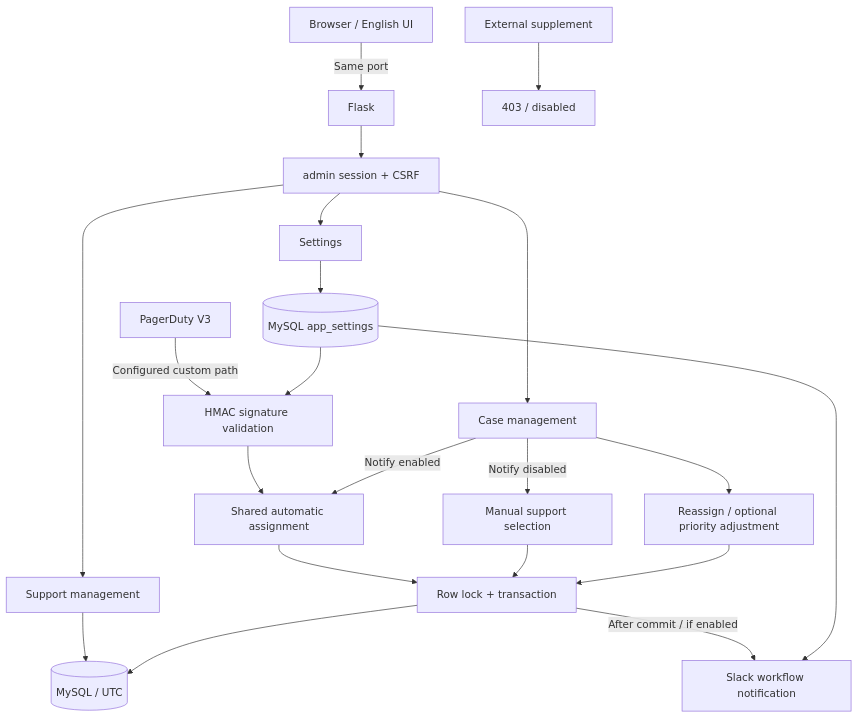
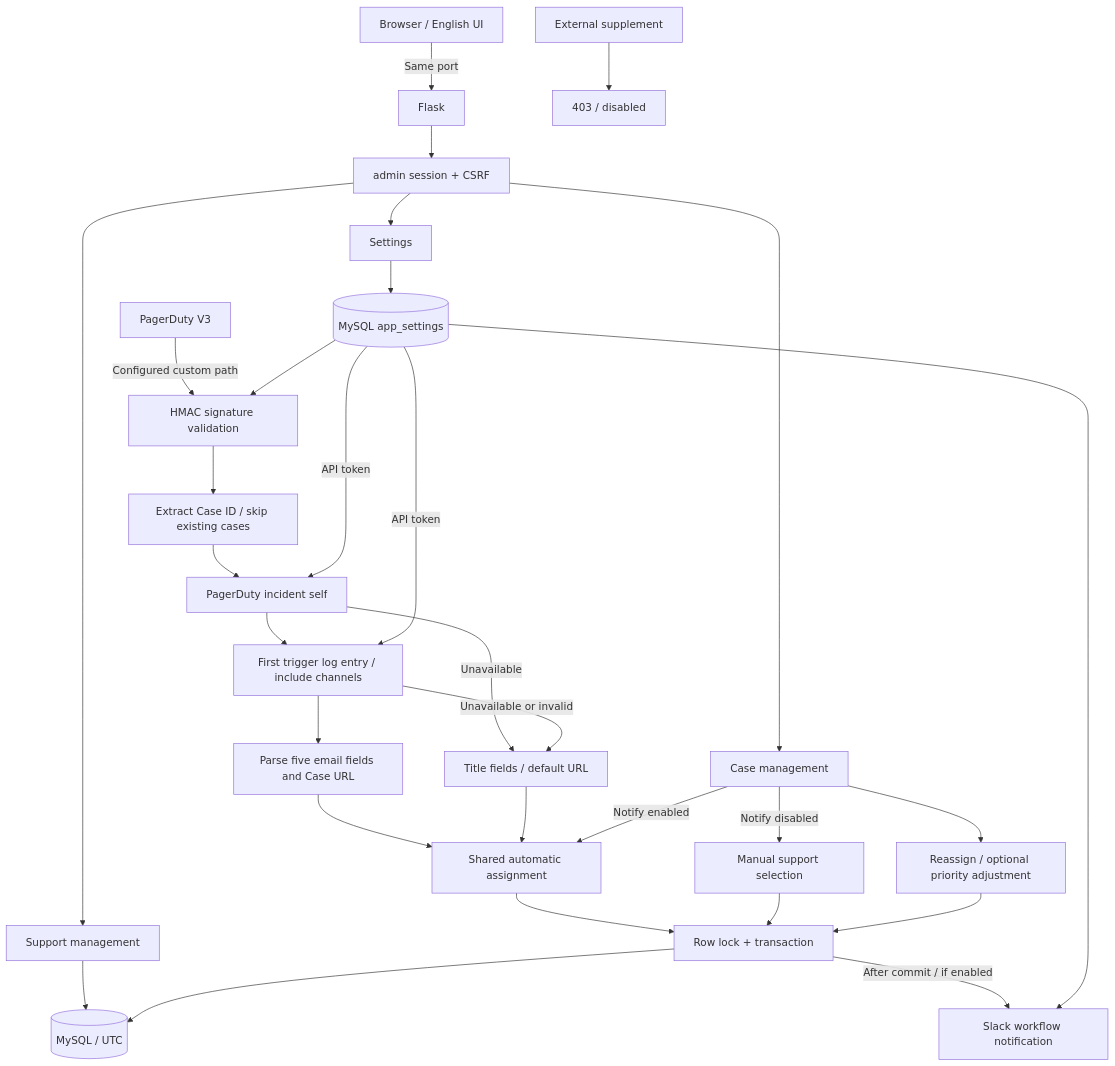
Before and after one commit to zerchin/case-webhook: the diagram in Architecture.md, drawn with Mermaid. The commit also changed other lines of this file and 13 other files, not shown here.

Commit message:
Add PagerDuty case enrichment and Slack workflow fields for v0.7

````diff
--- a/Architecture.md
+++ b/Architecture.md
@@ -3,23 +3,32 @@
 ```mermaid
 flowchart TD
     Browser[Browser / English UI] -->|Same port| Flask[Flask]
     Flask --> Login[admin session + CSRF]
     Login --> Support[Support management]
     Login --> Cases[Case management]
     Login --> Settings[Settings]
     Settings --> Config[(MySQL app_settings)]
     PD[PagerDuty V3] -->|Configured custom path| Signature[HMAC signature validation]
-    Signature --> Auto[Shared automatic assignment]
+    Signature --> Dedupe[Extract Case ID / skip existing cases]
+    Dedupe --> Incident[PagerDuty incident self]
+    Incident --> LogEntry[First trigger log entry / include channels]
+    LogEntry --> Email[Parse five email fields and Case URL]
+    Incident -->|Unavailable| Fallback[Title fields / default URL]
+    LogEntry -->|Unavailable or invalid| Fallback
+    Email --> Auto[Shared automatic assignment]
+    Fallback --> Auto
     Cases -->|Notify enabled| Auto
     Cases -->|Notify disabled| Manual[Manual support selection]
     Cases --> Reassign[Reassign / optional priority adjustment]
     Support --> DB[(MySQL / UTC)]
     Auto --> Transaction[Row lock + transaction]
     Manual --> Transaction
     Reassign --> Transaction
     Transaction --> DB
     Transaction -->|After commit / if enabled| Slack[Slack workflow notification]
     Config --> Signature
+    Config -->|API token| Incident
+    Config -->|API token| LogEntry
     Config --> Slack
     External[External supplement] --> Rejected[403 / disabled]
 ```
````
